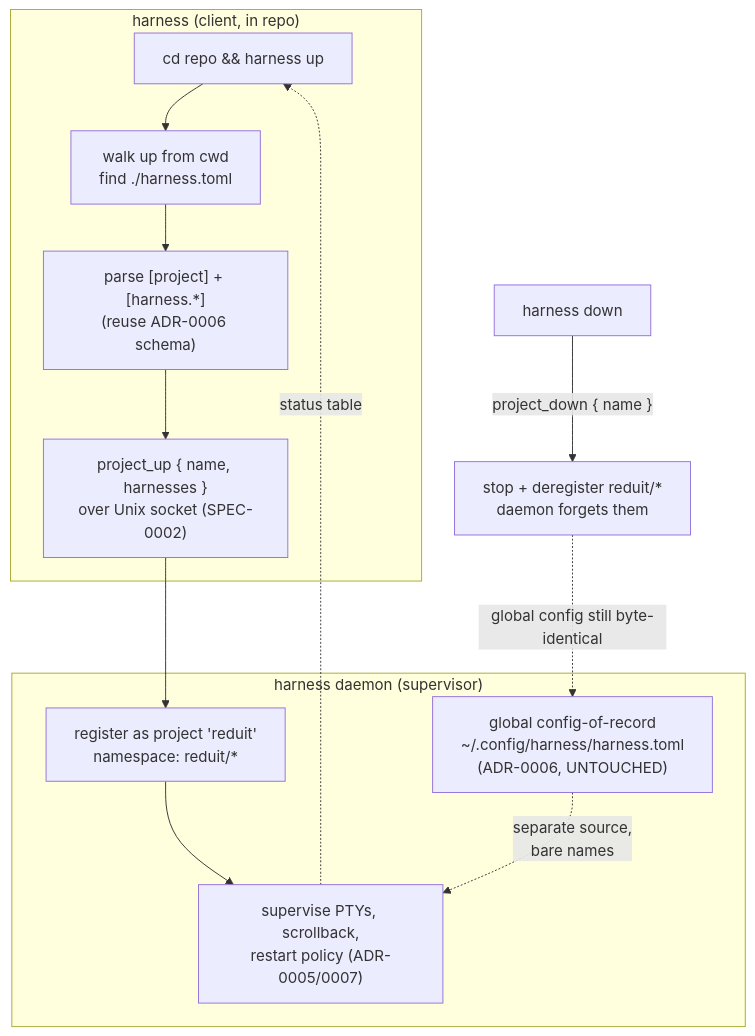
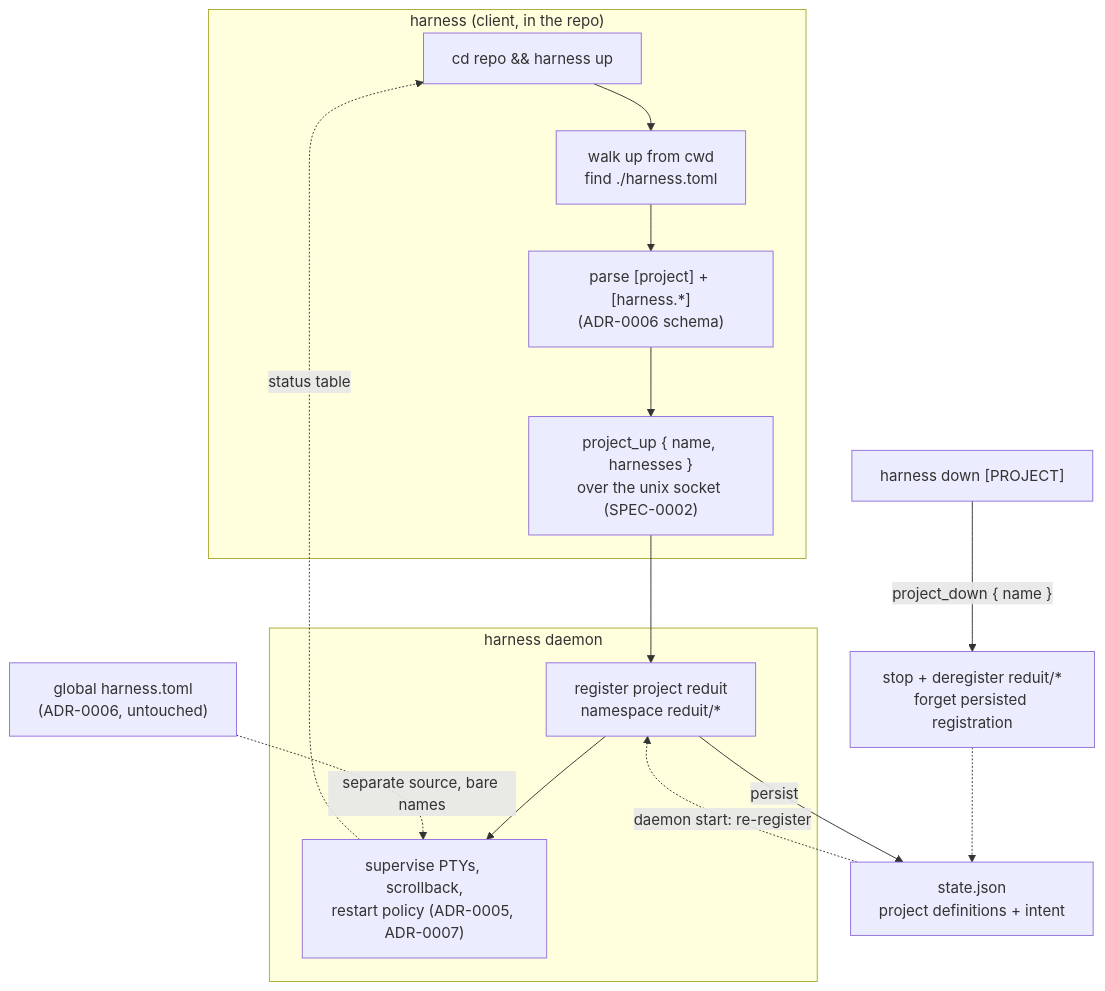
Before and after one commit to stump-wtf/harness: the diagram in docs/adrs/adr-0009-project-scoped-config-and-compose-commands.md, drawn with Mermaid. The commit also changed other lines of this file and 12 other files, not shown here.

````diff
--- a/docs/adrs/adr-0009-project-scoped-config-and-compose-commands.md
+++ b/docs/adrs/adr-0009-project-scoped-config-and-compose-commands.md
@@ -240,21 +240,25 @@
 ```mermaid
 flowchart TD
-    subgraph client["harness (client, in repo)"]
-        A["cd repo && harness up"] --> B["walk up from cwd<br/>find ./harness.toml"]
-        B --> C["parse [project] + [harness.*]<br/>(reuse ADR-0006 schema)"]
-        C --> D["project_up { name, harnesses }<br/>over Unix socket (SPEC-0002)"]
+    subgraph client["harness (client, in the repo)"]
+        A["cd repo && harness up"]:::client --> B["walk up from cwd<br/>find ./harness.toml"]:::client
+        B --> C["parse [project] + [harness.*]<br/>(ADR-0006 schema)"]:::client
+        C --> D["project_up { name, harnesses }<br/>over the unix socket (SPEC-0002)"]:::client
     end
 
-    subgraph daemon["harness daemon (supervisor)"]
-        E["register as project 'reduit'<br/>namespace: reduit/*"]
-        F["supervise PTYs, scrollback,<br/>restart policy (ADR-0005/0007)"]
-        G["global config-of-record<br/>~/.config/harness/harness.toml<br/>(ADR-0006, UNTOUCHED)"]
+    subgraph daemon["harness daemon"]
+        E["register project reduit<br/>namespace reduit/*"]:::daemon
+        F["supervise PTYs, scrollback,<br/>restart policy (ADR-0005, ADR-0007)"]:::daemon
     end
 
+    G["global harness.toml<br/>(ADR-0006, untouched)"]:::store
+    S["state.json<br/>project definitions + intent"]:::store
+
     D --> E --> F
+    E -->|"persist"| S
+    S -.->|"daemon start: re-register"| E
     F -.->|"status table"| A
-    G -.->|"separate source,<br/>bare names"| F
+    G -.->|"separate source, bare names"| F
 
-    H["harness down"] -->|"project_down { name }"| I["stop + deregister reduit/*<br/>daemon forgets them"]
-    I -.->|"global config still byte-identical"| G
+    H["harness down [PROJECT]"]:::client -->|"project_down { name }"| I["stop + deregister reduit/*<br/>forget persisted registration"]:::daemon
+    I -.-> S
 ```
````
